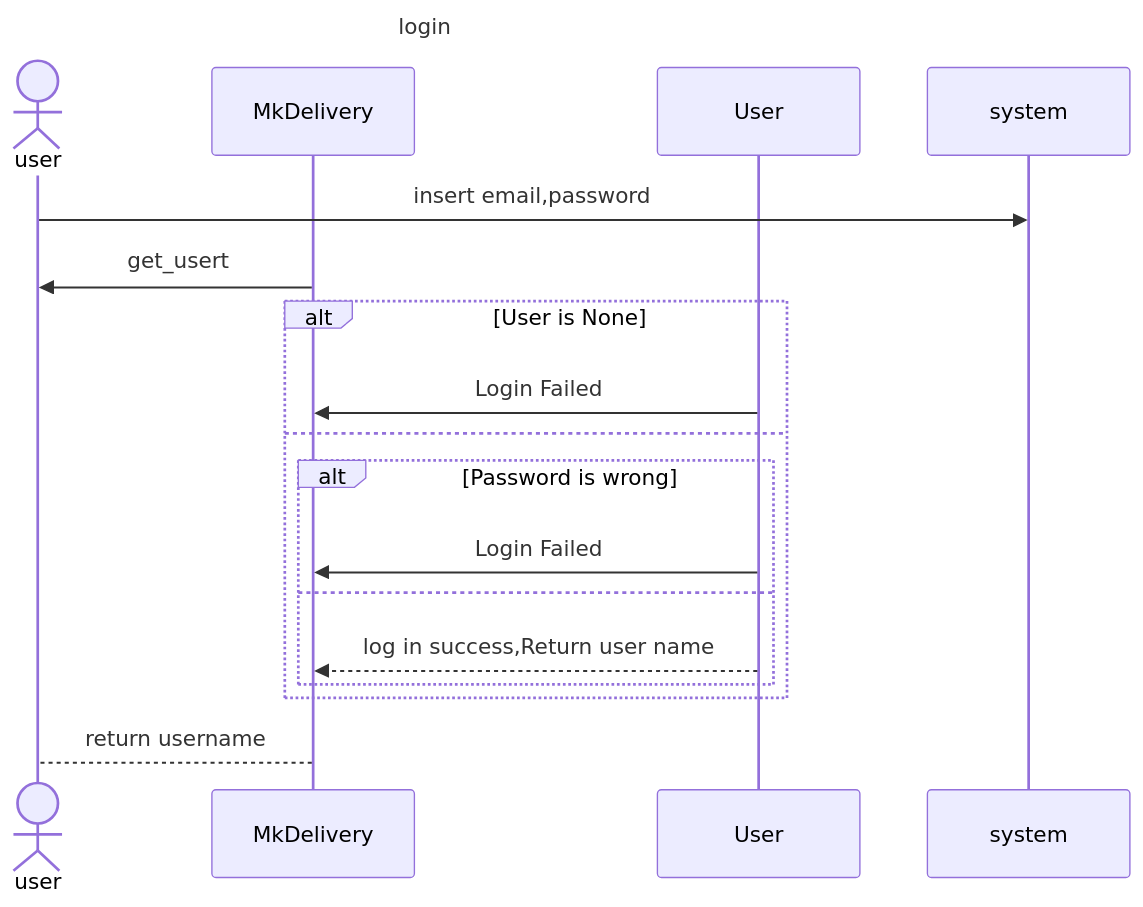
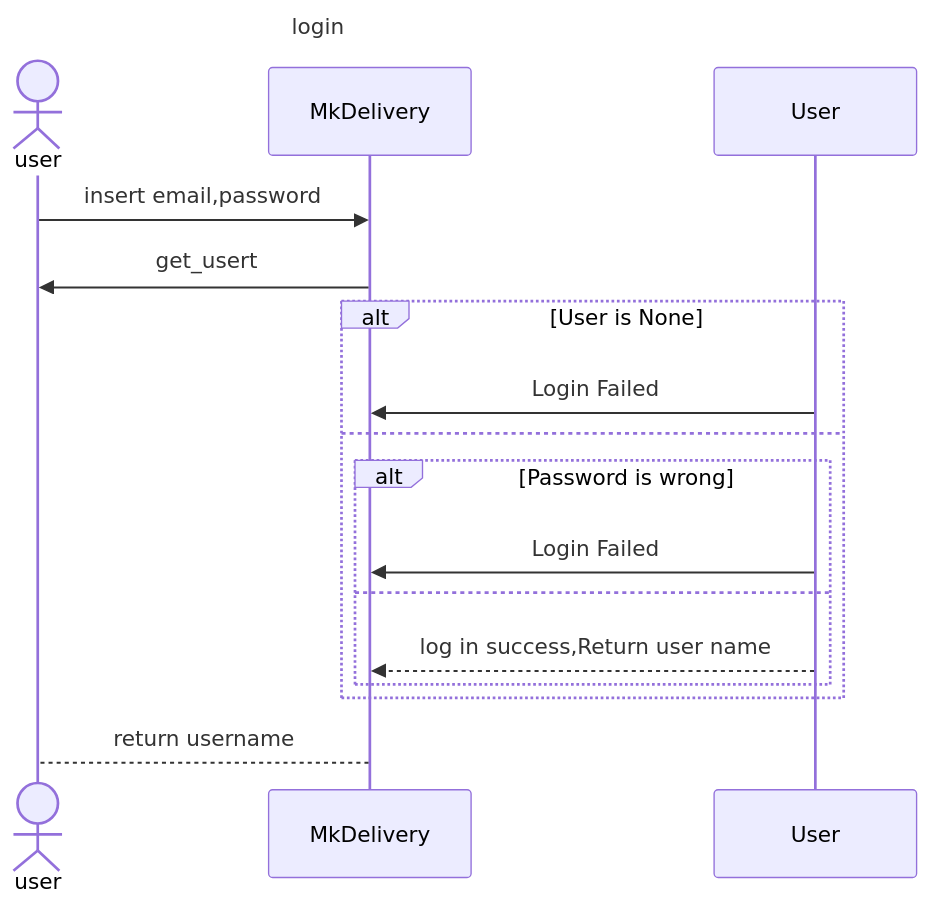
The diagram in sequence_diag/auth/login.mmd (MxMhx/OOP_Project_MK_website), drawn with Mermaid before and after one commit.

Commit message:
fix sq login

```diff
--- a/sequence_diag/auth/login.mmd
+++ b/sequence_diag/auth/login.mmd
@@ -1,17 +1,17 @@
 sequenceDiagram
     title login
     actor user
     participant MkDelivery
     participant User
-    user ->> system :insert email,password
+    user ->> MkDelivery :insert email,password
     MkDelivery ->> user :get_usert
     alt User is None
         User ->> MkDelivery: Login Failed
     else
         alt Password is wrong
             User ->> MkDelivery: Login Failed
         else
             User -->> MkDelivery: log in success,Return user name
         end
     end
     MkDelivery --> user: return username
```
